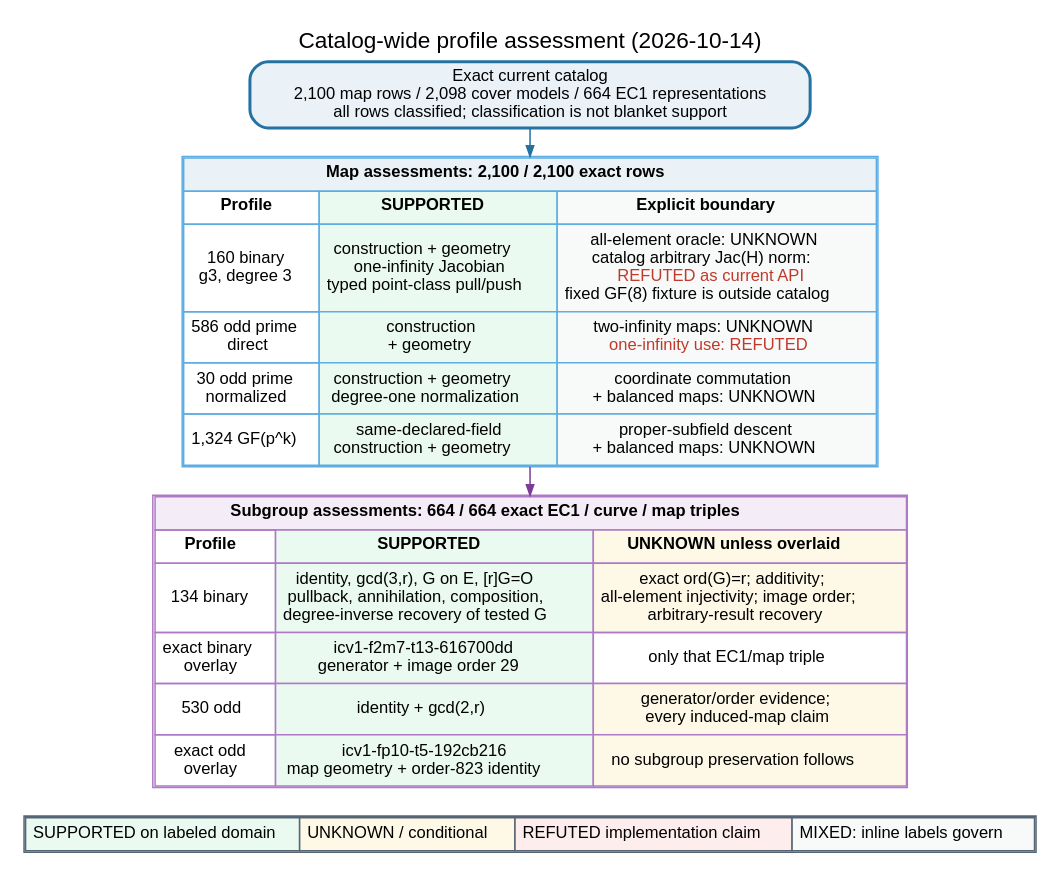
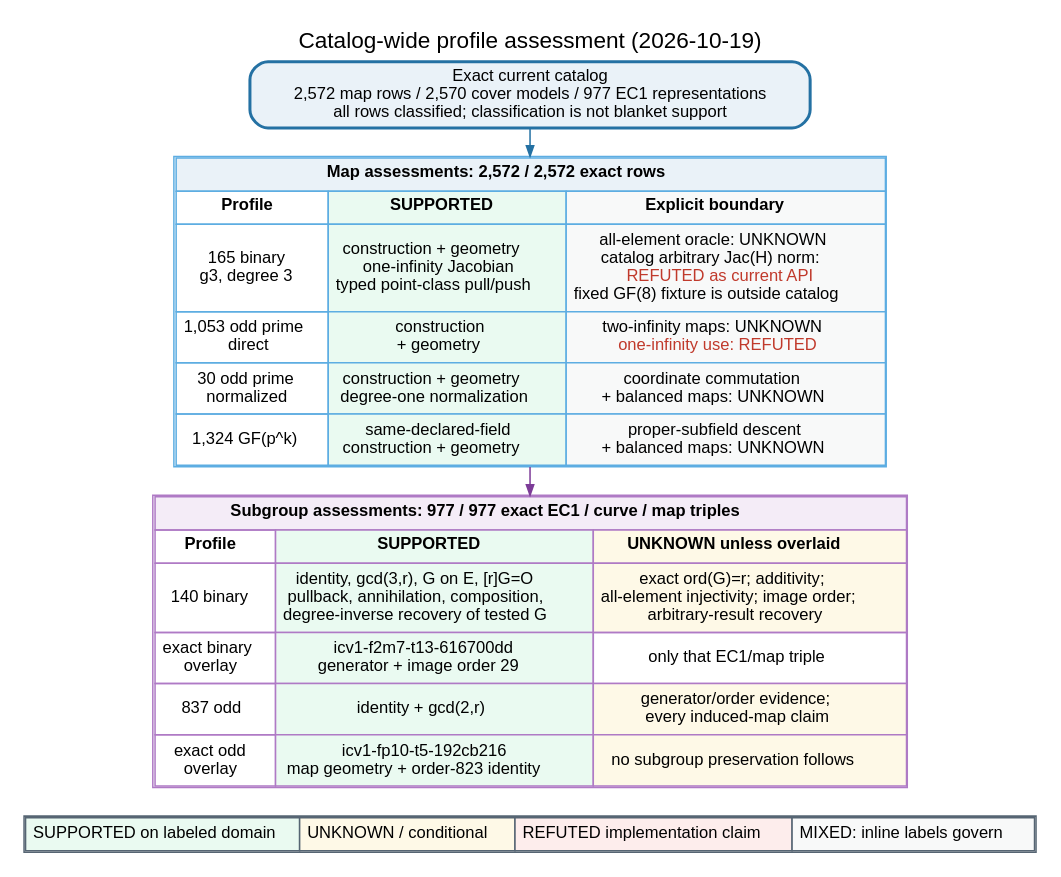
The diagram in research/cover_transfer_assessment_20261013/typed_correspondence.dot (isogeny-labs/crypto), drawn with Graphviz before and after one commit. The commit also changed 13 other files, not shown here.

Commit message:
Refresh cover assessment for expanded catalog

```diff
--- a/research/cover_transfer_assessment_20261013/typed_correspondence.dot
+++ b/research/cover_transfer_assessment_20261013/typed_correspondence.dot
@@ -1,64 +1,64 @@
-// cover-transfer-assessments/v2; catalog_maps=2100; unique_cover_models=2098; geometry_verified_maps=2100; ec1_representations=664; assessed_maps=2100; unassessed_maps=0; assessed_subgroups=664; unassessed_subgroups=0
+// cover-transfer-assessments/v2; catalog_maps=2572; unique_cover_models=2570; geometry_verified_maps=2572; ec1_representations=977; assessed_maps=2572; unassessed_maps=0; assessed_subgroups=977; unassessed_subgroups=0
 digraph cover_transfer_assessment {
   graph [
     rankdir=TB,
     bgcolor="white",
     pad="0.12",
     nodesep="0.20",
     ranksep="0.26",
     fontname="Helvetica",
     fontsize=15,
     labelloc="t",
-    label="Catalog-wide profile assessment (2026-10-14)"
+    label="Catalog-wide profile assessment (2026-10-19)"
   ];
   node [shape=box, style="rounded,filled", fillcolor="white", color="#34495e", fontname="Helvetica", fontsize=11];
   edge [fontname="Helvetica", fontsize=9, color="#34495e", arrowsize=0.7];
 
   catalog [
-    label="Exact current catalog\n2,100 map rows / 2,098 cover models / 664 EC1 representations\nall rows classified; classification is not blanket support",
+    label="Exact current catalog\n2,572 map rows / 2,570 cover models / 977 EC1 representations\nall rows classified; classification is not blanket support",
     fillcolor="#eaf2f8",
     color="#2471a3",
     penwidth=2
   ];
 
   maps [
     shape=plain,
     label=<
       <TABLE BORDER="1" CELLBORDER="1" CELLSPACING="0" CELLPADDING="4" COLOR="#5dade2">
-        <TR><TD COLSPAN="3" BGCOLOR="#eaf2f8"><B>Map assessments: 2,100 / 2,100 exact rows</B></TD></TR>
+        <TR><TD COLSPAN="3" BGCOLOR="#eaf2f8"><B>Map assessments: 2,572 / 2,572 exact rows</B></TD></TR>
         <TR><TD><B>Profile</B></TD><TD BGCOLOR="#eafaf1"><B>SUPPORTED</B></TD><TD BGCOLOR="#f8f9f9"><B>Explicit boundary</B></TD></TR>
-        <TR><TD>160 binary<BR/>g3, degree 3</TD><TD BGCOLOR="#eafaf1">construction + geometry<BR/>one-infinity Jacobian<BR/>typed point-class pull/push</TD><TD BGCOLOR="#f8f9f9">all-element oracle: UNKNOWN<BR/>catalog arbitrary Jac(H) norm:<BR/><FONT COLOR="#c0392b">REFUTED as current API</FONT><BR/>fixed GF(8) fixture is outside catalog</TD></TR>
-        <TR><TD>586 odd prime<BR/>direct</TD><TD BGCOLOR="#eafaf1">construction<BR/>+ geometry</TD><TD BGCOLOR="#f8f9f9">two-infinity maps: UNKNOWN<BR/><FONT COLOR="#c0392b">one-infinity use: REFUTED</FONT></TD></TR>
+        <TR><TD>165 binary<BR/>g3, degree 3</TD><TD BGCOLOR="#eafaf1">construction + geometry<BR/>one-infinity Jacobian<BR/>typed point-class pull/push</TD><TD BGCOLOR="#f8f9f9">all-element oracle: UNKNOWN<BR/>catalog arbitrary Jac(H) norm:<BR/><FONT COLOR="#c0392b">REFUTED as current API</FONT><BR/>fixed GF(8) fixture is outside catalog</TD></TR>
+        <TR><TD>1,053 odd prime<BR/>direct</TD><TD BGCOLOR="#eafaf1">construction<BR/>+ geometry</TD><TD BGCOLOR="#f8f9f9">two-infinity maps: UNKNOWN<BR/><FONT COLOR="#c0392b">one-infinity use: REFUTED</FONT></TD></TR>
         <TR><TD>30 odd prime<BR/>normalized</TD><TD BGCOLOR="#eafaf1">construction + geometry<BR/>degree-one normalization</TD><TD BGCOLOR="#f8f9f9">coordinate commutation<BR/>+ balanced maps: UNKNOWN</TD></TR>
         <TR><TD>1,324 GF(p^k)</TD><TD BGCOLOR="#eafaf1">same-declared-field<BR/>construction + geometry</TD><TD BGCOLOR="#f8f9f9">proper-subfield descent<BR/>+ balanced maps: UNKNOWN</TD></TR>
       </TABLE>
     >
   ];
 
   subgroups [
     shape=plain,
     label=<
       <TABLE BORDER="1" CELLBORDER="1" CELLSPACING="0" CELLPADDING="4" COLOR="#af7ac5">
-        <TR><TD COLSPAN="3" BGCOLOR="#f4ecf7"><B>Subgroup assessments: 664 / 664 exact EC1 / curve / map triples</B></TD></TR>
+        <TR><TD COLSPAN="3" BGCOLOR="#f4ecf7"><B>Subgroup assessments: 977 / 977 exact EC1 / curve / map triples</B></TD></TR>
         <TR><TD><B>Profile</B></TD><TD BGCOLOR="#eafaf1"><B>SUPPORTED</B></TD><TD BGCOLOR="#fef9e7"><B>UNKNOWN unless overlaid</B></TD></TR>
-        <TR><TD>134 binary</TD><TD BGCOLOR="#eafaf1">identity, gcd(3,r), G on E, [r]G=O<BR/>pullback, annihilation, composition,<BR/>degree-inverse recovery of tested G</TD><TD BGCOLOR="#fef9e7">exact ord(G)=r; additivity;<BR/>all-element injectivity; image order;<BR/>arbitrary-result recovery</TD></TR>
+        <TR><TD>140 binary</TD><TD BGCOLOR="#eafaf1">identity, gcd(3,r), G on E, [r]G=O<BR/>pullback, annihilation, composition,<BR/>degree-inverse recovery of tested G</TD><TD BGCOLOR="#fef9e7">exact ord(G)=r; additivity;<BR/>all-element injectivity; image order;<BR/>arbitrary-result recovery</TD></TR>
         <TR><TD>exact binary<BR/>overlay</TD><TD BGCOLOR="#eafaf1">icv1-f2m7-t13-616700dd<BR/>generator + image order 29</TD><TD>only that EC1/map triple</TD></TR>
-        <TR><TD>530 odd</TD><TD BGCOLOR="#eafaf1">identity + gcd(2,r)</TD><TD BGCOLOR="#fef9e7">generator/order evidence;<BR/>every induced-map claim</TD></TR>
+        <TR><TD>837 odd</TD><TD BGCOLOR="#eafaf1">identity + gcd(2,r)</TD><TD BGCOLOR="#fef9e7">generator/order evidence;<BR/>every induced-map claim</TD></TR>
         <TR><TD>exact odd<BR/>overlay</TD><TD BGCOLOR="#eafaf1">icv1-fp10-t5-192cb216<BR/>map geometry + order-823 identity</TD><TD BGCOLOR="#fef9e7">no subgroup preservation follows</TD></TR>
       </TABLE>
     >
   ];
 
   legend [
     shape=plain,
     label=<
       <TABLE BORDER="1" CELLBORDER="1" CELLSPACING="0" CELLPADDING="4" COLOR="#566573">
         <TR><TD BGCOLOR="#eafaf1">SUPPORTED on labeled domain</TD><TD BGCOLOR="#fef9e7">UNKNOWN / conditional</TD><TD BGCOLOR="#fdedec">REFUTED implementation claim</TD><TD BGCOLOR="#f8f9f9">MIXED: inline labels govern</TD></TR>
       </TABLE>
     >
   ];
 
   catalog -> maps [color="#2471a3"];
   maps -> subgroups [color="#7d3c98"];
   subgroups -> legend [style="invis", weight=80];
 }
```
